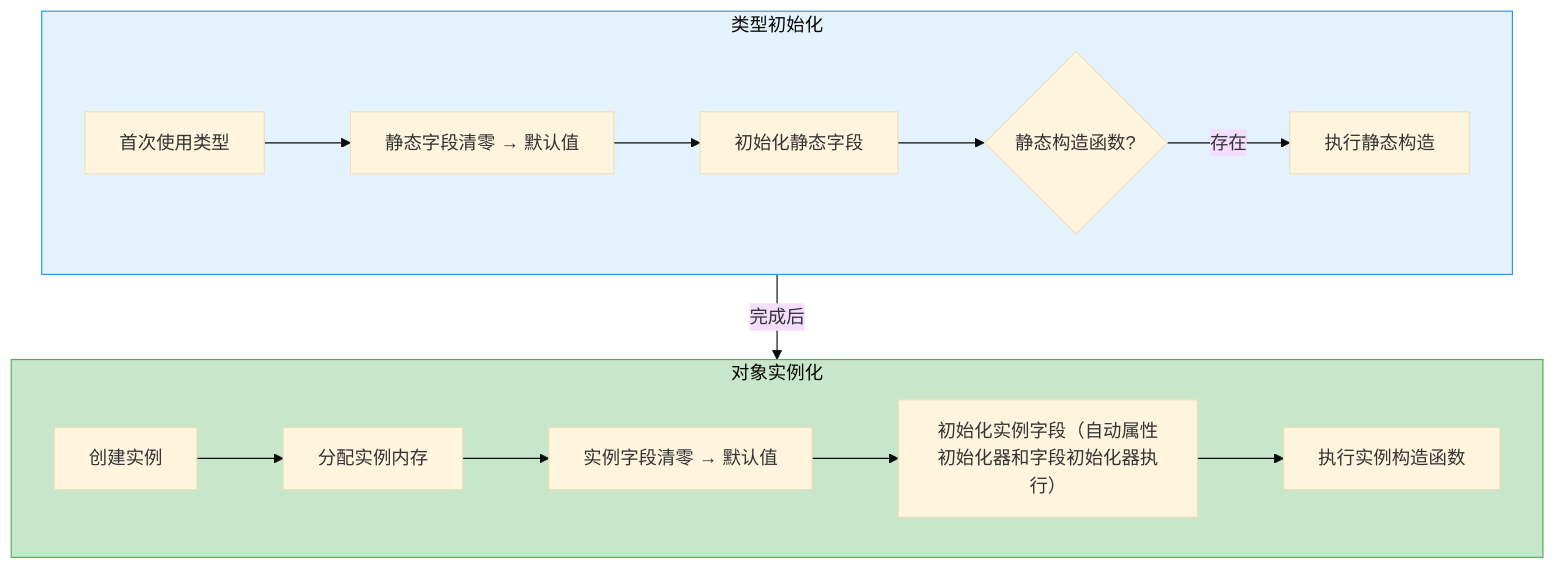
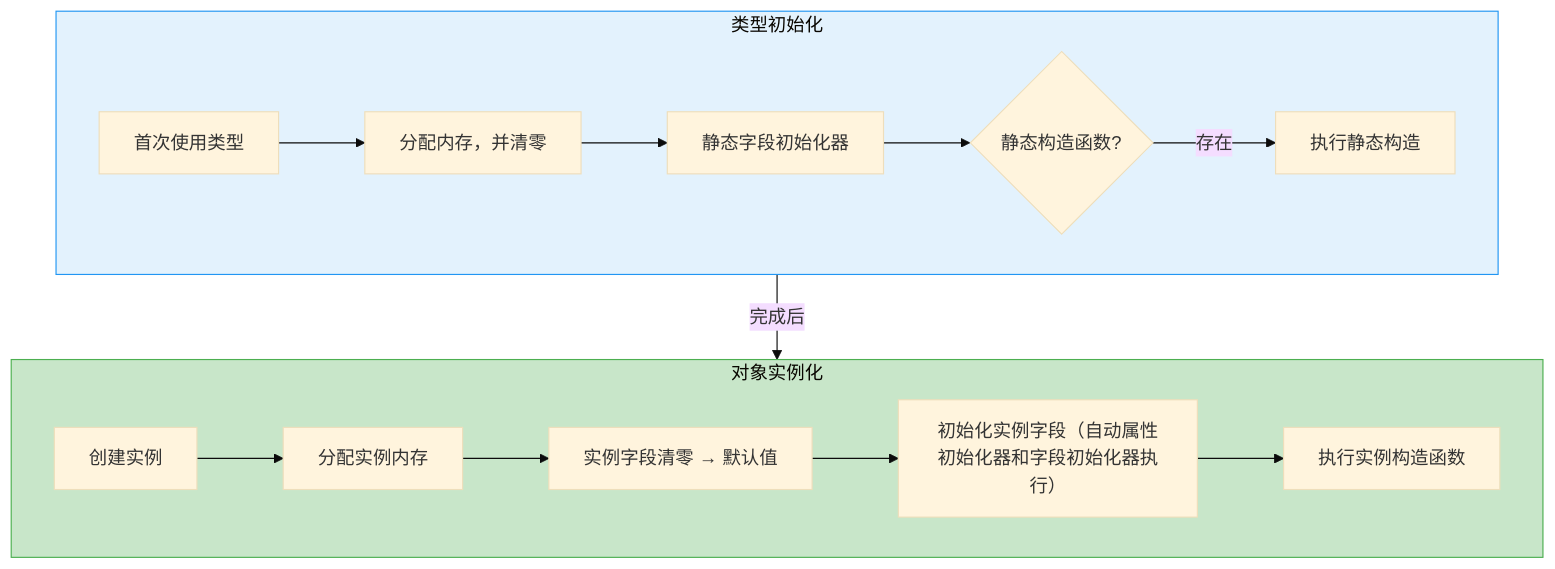
The ninth of 12 diagrams in 面向对象.md (xiaoYoc/CSharp-Learning-Notes-In-a-Nutshell), drawn with Mermaid (base theme) before and after one commit. The commit also changed other lines of this file and 9 other files, not shown here.

````diff
--- a/面向对象.md
+++ b/面向对象.md
@@ -902,21 +916,20 @@
 ```mermaid
 flowchart TB
     subgraph 静态阶段[类型初始化]
-        A[首次使用类型] --> B[静态字段清零 → 默认值]
-        B --> C[初始化静态字段]
+        A[首次使用类型]--> B[分配内存，并清零]
+        B--> C[静态字段初始化器]
         C --> D{静态构造函数?}
         D -->|存在| E[执行静态构造]
     end
     
     subgraph 实例阶段[对象实例化]
         F[创建实例] --> G[分配实例内存]
         G --> H[实例字段清零 → 默认值]
         H --> I[初始化实例字段（自动属性初始化器和字段初始化器执行）]
         I --> J[执行实例构造函数]
     end
-    
     静态阶段 -->|完成后| 实例阶段
-    
+   
     style 静态阶段 fill:#e3f2fd,stroke:#2196f3
     style 实例阶段 fill:#c8e6c9,stroke:#4caf50
 ```
````
